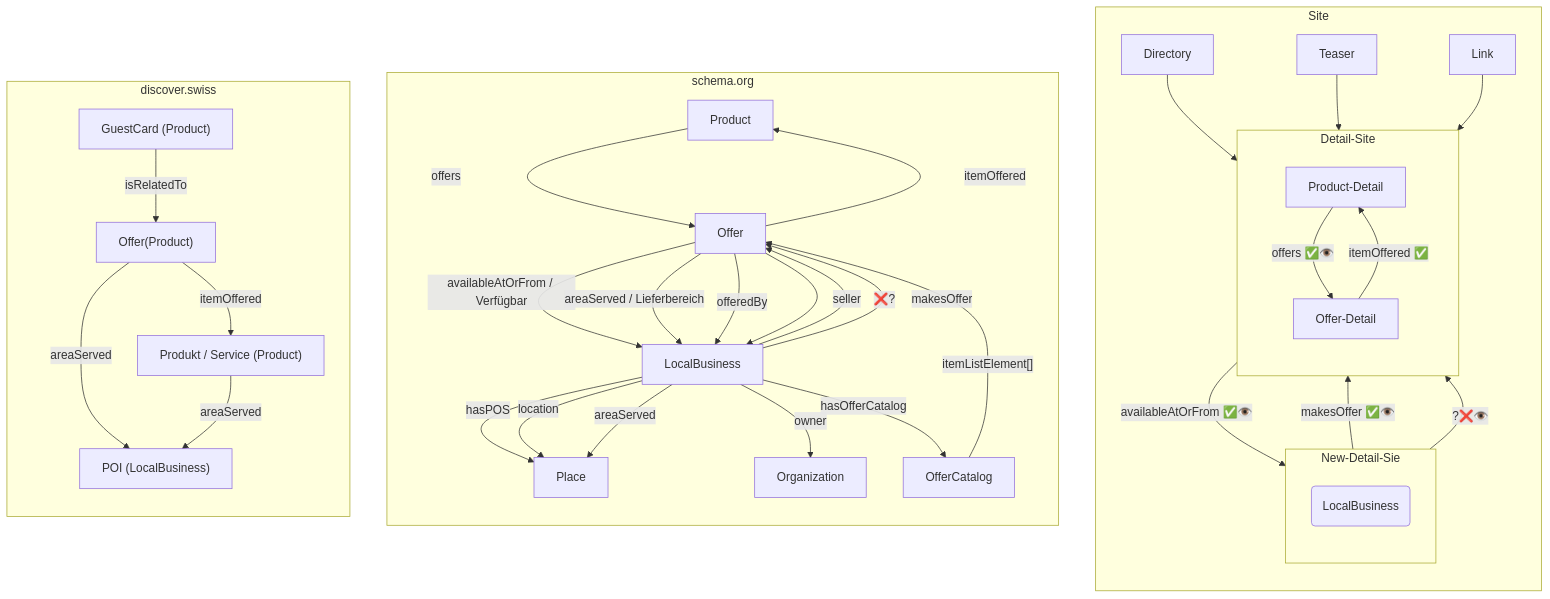
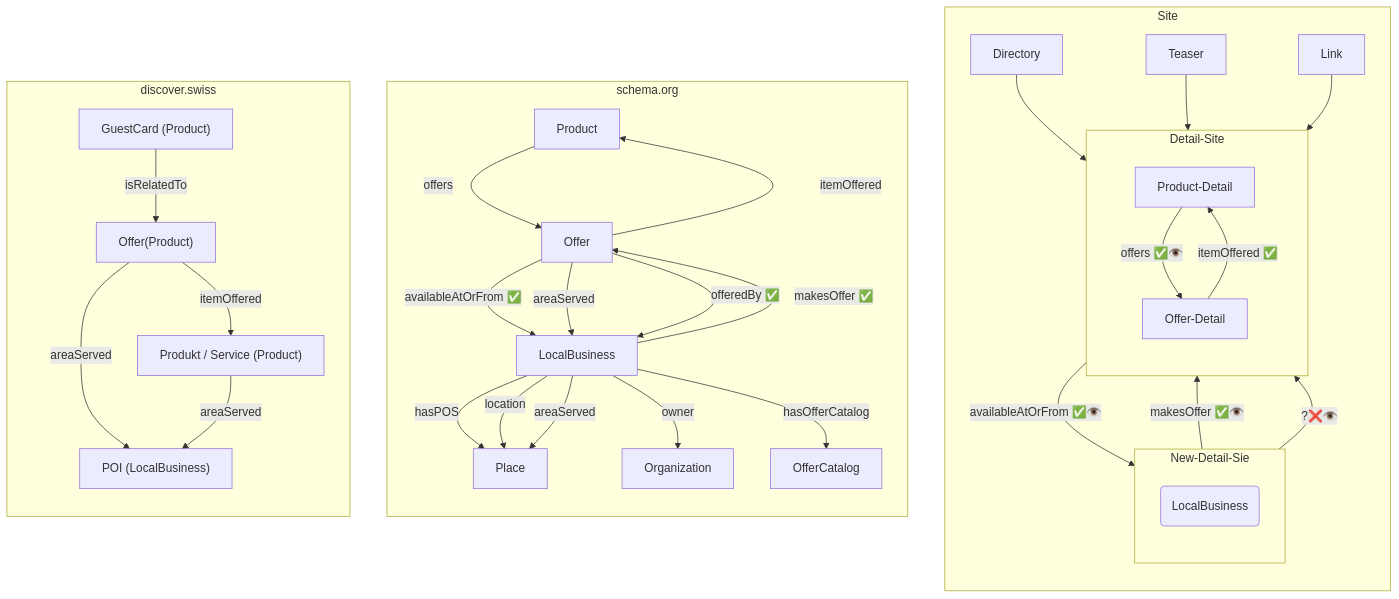
Before and after one commit to contentdesk/docs.contentdesk.io: the third of 3 diagrams in docs/concepts/produkte-und-angebote.md, drawn with Mermaid.

Commit message:
Refine Mermaid diagram in produkte-und-angebote.md to improve clarity of relationships and add direction indicators

````diff
--- a/docs/concepts/produkte-und-angebote.md
+++ b/docs/concepts/produkte-und-angebote.md
@@ -111,49 +111,46 @@
 ``` mermaid
 graph TB
     subgraph Site
         direction TB
         Directory --> Product-Detail
         Teaser --> Product-Detail
         Link --> Product-Detail
 
         Product-Detail -->|"offers ✅👁️"| Offer-Detail
         Place-Detail --> |"makesOffer ✅👁️"| Offer-Detail
         Place-Detail --> |"?❌👁️"| Product-Detail
         subgraph New-Detail-Sie
             direction TB
             Place-Detail("LocalBusiness")
         end
         subgraph Detail-Site
             direction TB
             Offer-Detail --> |"availableAtOrFrom ✅👁️"|Place-Detail
             Offer-Detail --> |"itemOffered ✅"| Product-Detail
         end
         
     end
     subgraph schema.org
         direction TD
         Product --> |"offers"| Offer
         Offer --> |"itemOffered"| Product
-        Offer --> |"availableAtOrFrom / Verfügbar"| LocalBusiness
-        Offer --> |"areaServed / Lieferbereich"| LocalBusiness
-        LocalBusiness --> |"❌?"| Offer
-        Offer --> |"offeredBy"| LocalBusiness
-        Offer --> |"seller"| LocalBusiness
-        LocalBusiness --> |"makesOffer"| Offer
+        Offer --> |"availableAtOrFrom ✅"| LocalBusiness
+        Offer --> |"areaServed "| LocalBusiness
+        LocalBusiness --> |"makesOffer ✅"| Offer
+        Offer --> |"offeredBy ✅"| LocalBusiness
         LocalBusiness --> |"hasPOS"| Place
         LocalBusiness --> |"location"| Place
         LocalBusiness --> |"areaServed"| Place
         LocalBusiness --> |"owner"| Organization
         LocalBusiness --> |"hasOfferCatalog"| OfferCatalog
-        OfferCatalog --> |"itemListElement[]"| Offer
     end
 
     subgraph discover.swiss
         direction TB
         GuestCard["GuestCard (Product)"] -->|isRelatedTo| OfferDS["Offer(Product)"]
         OfferDS -->|itemOffered| ProductDS["Produkt / Service (Product)"]
         OfferDS -->|areaServed| LocalBusinessDS["POI (LocalBusiness)"]
         ProductDS -->|areaServed| LocalBusinessDS
     end
 
 ```
````
